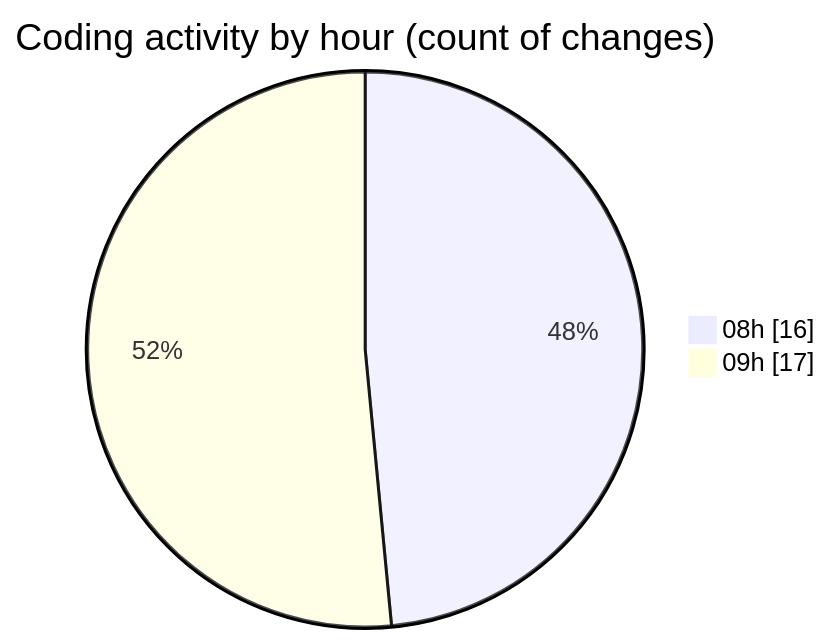
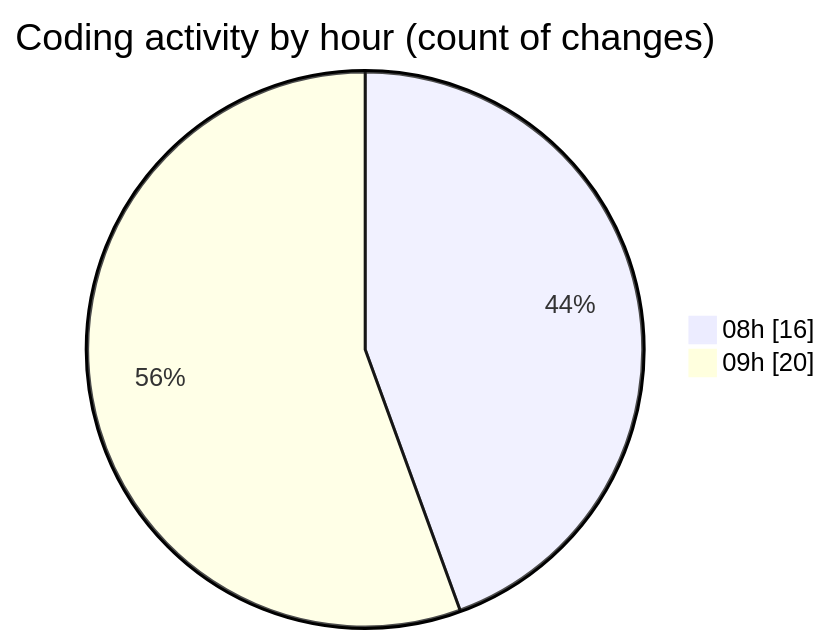
Before and after one commit to momahboobian/code-tracking: the second of 2 diagrams in 2025-03-12/cda/README.md, drawn with Mermaid. The commit also changed other lines of this file and 1 other file, not shown here.

````diff
--- a/2025-03-12/cda/README.md
+++ b/2025-03-12/cda/README.md
@@ -33,6 +34,6 @@
 ```mermaid
 pie showData
 title Coding activity by hour (count of changes)
 "08h" : 16
-"09h" : 17
+"09h" : 20
 ```
````
